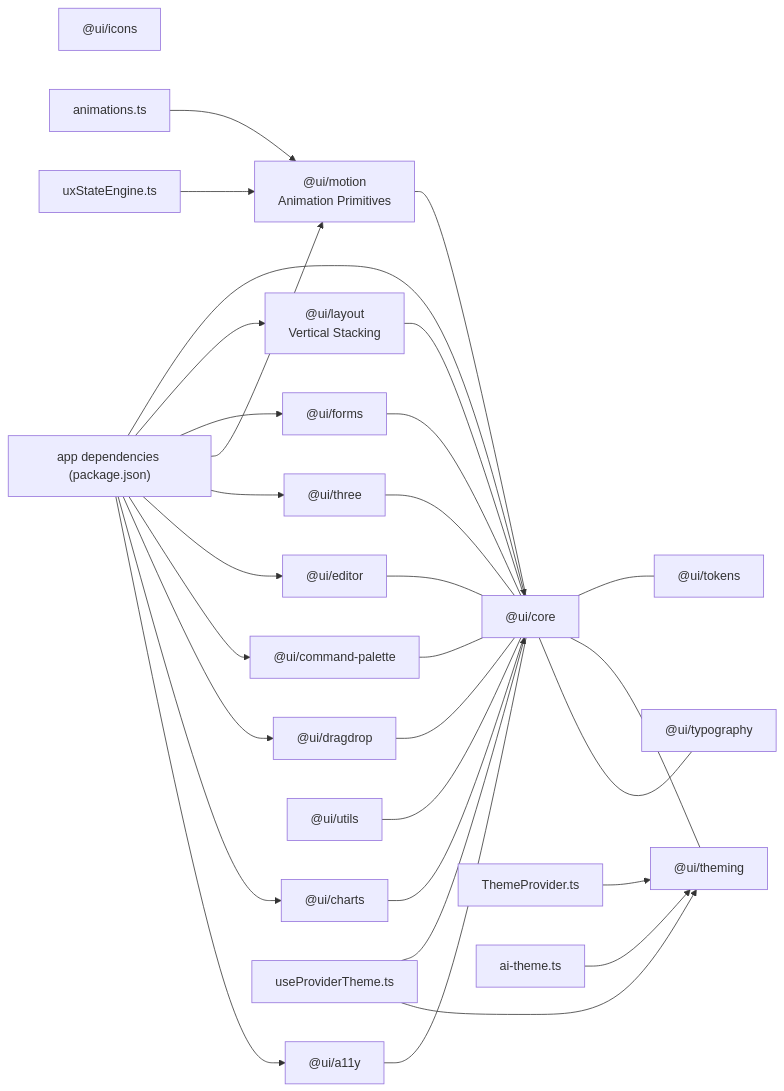
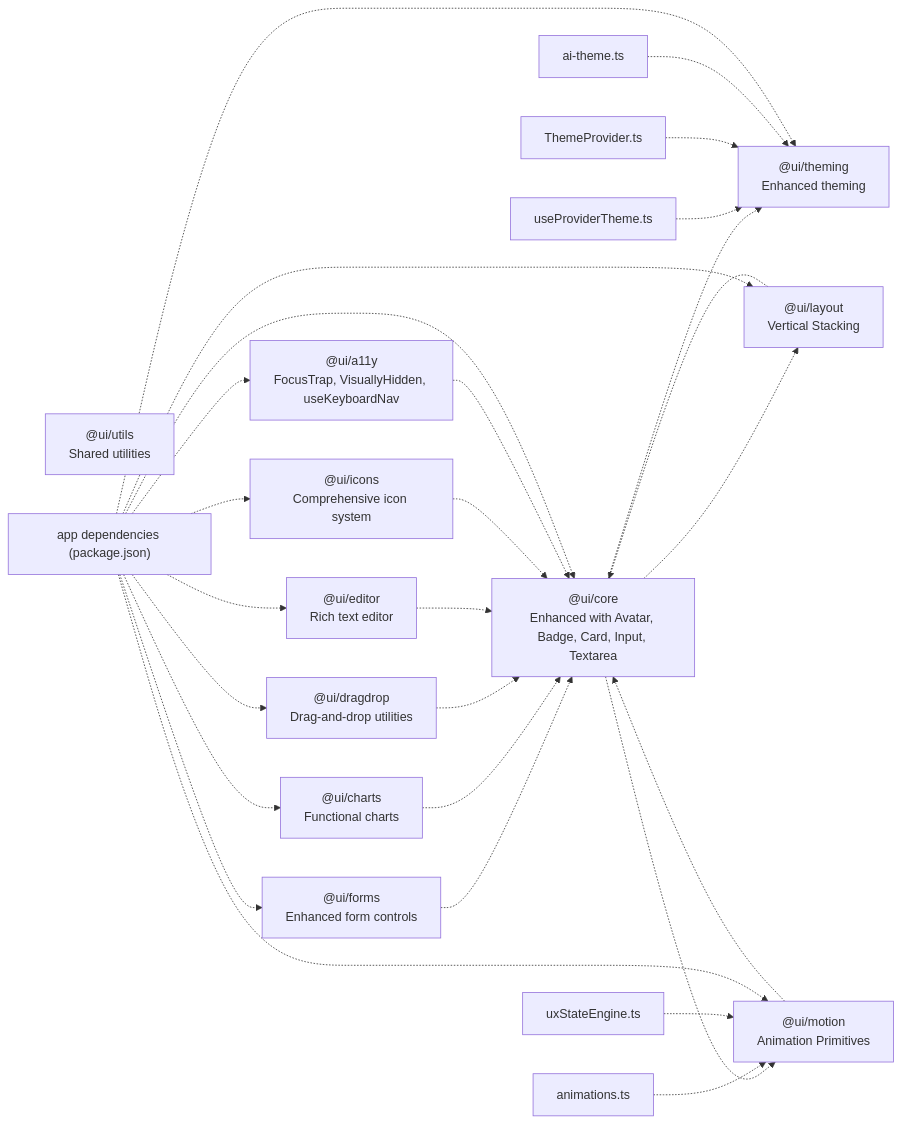
Before and after one commit to shekhargiri005-dotcom/AI-powered-accessibility-first-UI-engine: the eighth of 8 diagrams in .qoder/repowiki/en/content/UI Component System/UI Component System.md, drawn with Mermaid. The commit also changed other lines of this file and 22 other files, not shown here.

````diff
--- a/.qoder/repowiki/en/content/UI Component System/UI Component System.md
+++ b/.qoder/repowiki/en/content/UI Component System/UI Component System.md
@@ -1023,53 +1071,46 @@
 ```mermaid
 graph LR
-PK_CORE["@ui/core"]
-PK_LAYOUT["@ui/layout<br/>Vertical Stacking"]
-PK_FORMS["@ui/forms"]
-PK_MOTION["@ui/motion<br/>Animation Primitives"]
-PK_THREE["@ui/three"]
-PK_TOKENS["@ui/tokens"]
-PK_THEMING["@ui/theming"]
-PK_TYPOGRAPHY["@ui/typography"]
-PK_ICONS["@ui/icons"]
-PK_CHARTS["@ui/charts"]
-PK_COMMAND["@ui/command-palette"]
-PK_DRAGDROP["@ui/dragdrop"]
-PK_EDITOR["@ui/editor"]
-PK_UTILS["@ui/utils"]
-PK_A11Y["@ui/a11y"]
+UI_CORE["@ui/core<br/>Enhanced with Avatar, Badge, Card, Input, Textarea"]
+UI_A11Y["@ui/a11y<br/>FocusTrap, VisuallyHidden, useKeyboardNav"]
+UI_FORMS["@ui/forms<br/>Enhanced form controls"]
+UI_LAYOUT["@ui/layout<br/>Vertical Stacking"]
+UI_MOTION["@ui/motion<br/>Animation Primitives"]
+UI_CHARTS["@ui/charts<br/>Functional charts"]
+UI_DRAGDROP["@ui/dragdrop<br/>Drag-and-drop utilities"]
+UI_EDITOR["@ui/editor<br/>Rich text editor"]
+UI_ICONS["@ui/icons<br/>Comprehensive icon system"]
+UI_THEMING["@ui/theming<br/>Enhanced theming"]
+UI_UTILS["@ui/utils<br/>Shared utilities"]
 THEME_HOOK["useProviderTheme.ts"]
 THEME_PROVIDER["ThemeProvider.ts"]
 THEME_AI["ai-theme.ts"]
 MOTION_ANIM["animations.ts"]
 UX_ENGINE["uxStateEngine.ts"]
 APP_DEPS["app dependencies (package.json)"]
-PK_CORE --- PK_TOKENS
-PK_CORE --- PK_THEMING
-PK_CORE --- PK_TYPOGRAPHY
-PK_LAYOUT --- PK_CORE
-PK_FORMS --- PK_CORE
-PK_MOTION --- PK_CORE
-PK_THREE --- PK_CORE
-PK_EDITOR --- PK_CORE
-PK_COMMAND --- PK_CORE
-PK_DRAGDROP --- PK_CORE
-PK_CHARTS --- PK_CORE
-PK_A11Y --- PK_CORE
-PK_UTILS --- PK_CORE
-THEME_HOOK --> PK_CORE
-THEME_HOOK --> PK_THEMING
-THEME_PROVIDER --> PK_THEMING
-THEME_AI --> PK_THEMING
-MOTION_ANIM --> PK_MOTION
-UX_ENGINE --> PK_MOTION
-APP_DEPS --> PK_CORE
-APP_DEPS --> PK_LAYOUT
-APP_DEPS --> PK_FORMS
-APP_DEPS --> PK_MOTION
-APP_DEPS --> PK_THREE
-APP_DEPS --> PK_EDITOR
-APP_DEPS --> PK_COMMAND
-APP_DEPS --> PK_DRAGDROP
-APP_DEPS --> PK_CHARTS
-APP_DEPS --> PK_A11Y
+UI_CORE -.-> UI_THEMING
+UI_CORE -.-> UI_LAYOUT
+UI_CORE -.-> UI_MOTION
+UI_FORMS -.-> UI_CORE
+UI_LAYOUT -.-> UI_CORE
+UI_MOTION -.-> UI_CORE
+UI_CHARTS -.-> UI_CORE
+UI_DRAGDROP -.-> UI_CORE
+UI_EDITOR -.-> UI_CORE
+UI_ICONS -.-> UI_CORE
+UI_A11Y -.-> UI_CORE
+THEME_HOOK -.-> UI_THEMING
+THEME_PROVIDER -.-> UI_THEMING
+THEME_AI -.-> UI_THEMING
+MOTION_ANIM -.-> UI_MOTION
+UX_ENGINE -.-> UI_MOTION
+APP_DEPS -.-> UI_CORE
+APP_DEPS -.-> UI_A11Y
+APP_DEPS -.-> UI_FORMS
+APP_DEPS -.-> UI_LAYOUT
+APP_DEPS -.-> UI_MOTION
+APP_DEPS -.-> UI_CHARTS
+APP_DEPS -.-> UI_DRAGDROP
+APP_DEPS -.-> UI_EDITOR
+APP_DEPS -.-> UI_ICONS
+APP_DEPS -.-> UI_THEMING
 ```
````
